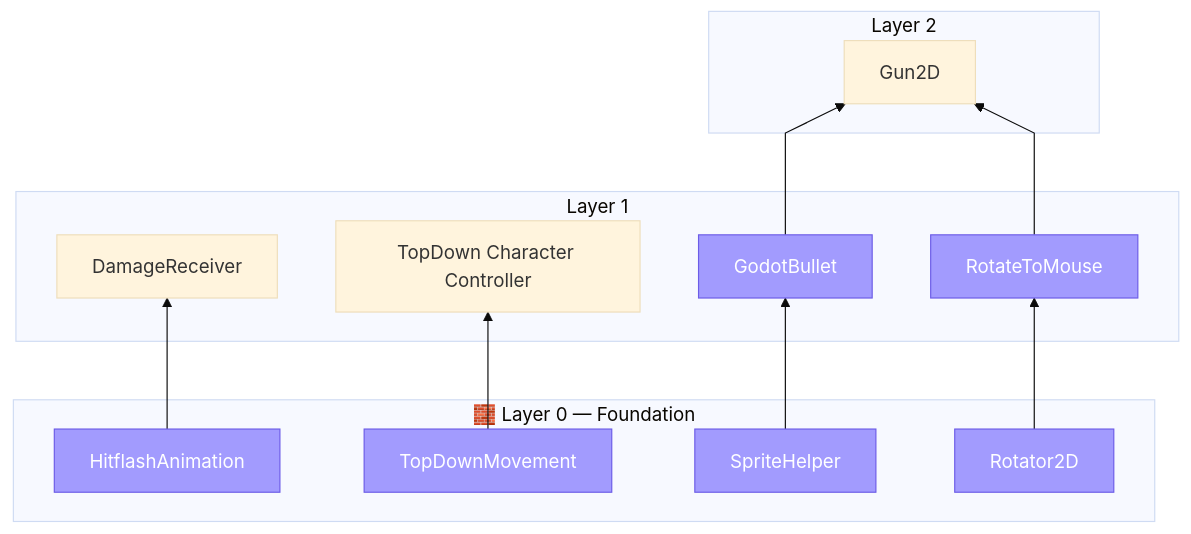
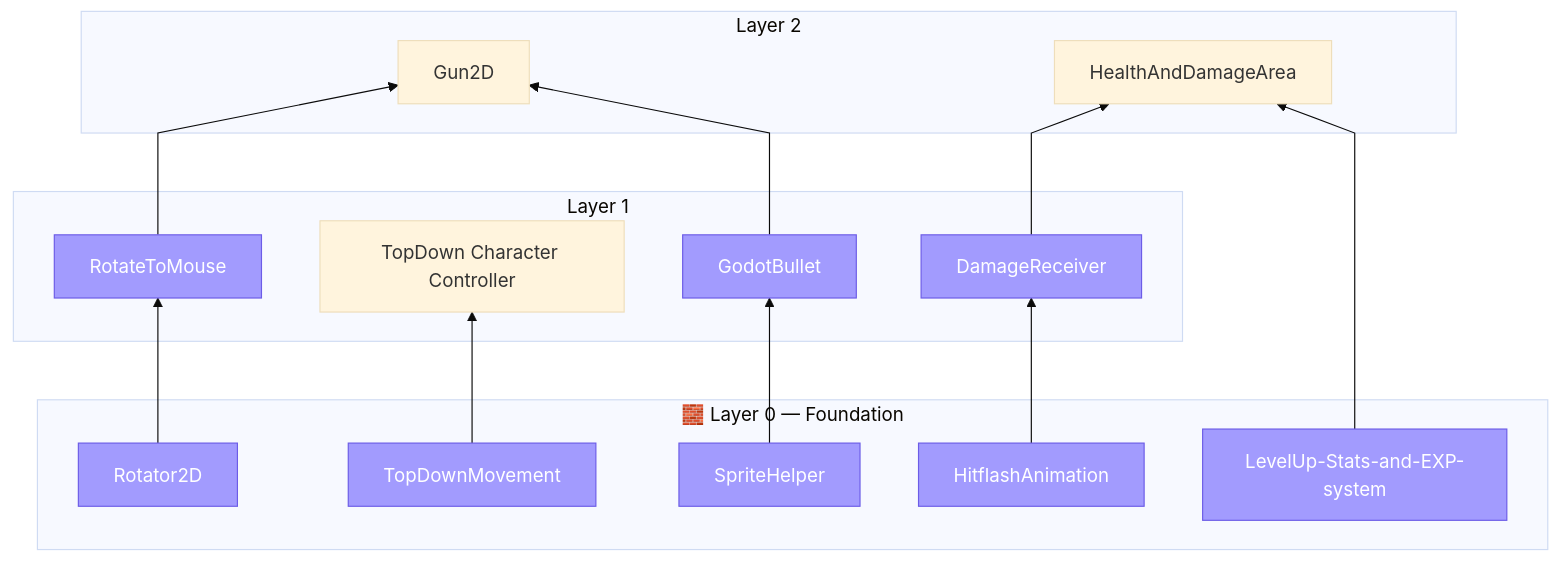
One commit to ChillCube/.github changed the diagram in ADDONS.md. Above: the diagram before and after it, drawn with Mermaid (base theme). The commit also changed other lines of this file, not shown here.

Commit message:
registry: update dependency tree

````diff
--- a/ADDONS.md
+++ b/ADDONS.md
@@ -182,47 +182,55 @@
 ```mermaid
 %%{init: {"flowchart": {"curve": "linear"}}}%%
 flowchart BT
     classDef core  fill:#4a9eff,stroke:#2471d4,color:#fff
     classDef shared fill:#a29bfe,stroke:#6c5ce7,color:#fff
     classDef external fill:#fd9644,stroke:#e67e22,color:#fff
 
     subgraph Layer_0["🧱 Layer 0 — Foundation"]
         godot_hitflashanimation["HitflashAnimation"]
+        godot_levelup_stats_and_exp_system["LevelUp-Stats-and-EXP-system"]
         rotator2d["Rotator2D"]
         spritehelper["SpriteHelper"]
         topdownmovement["TopDownMovement"]
     end
     subgraph Layer_1["Layer 1"]
         damagereceiver["DamageReceiver"]
         godot_topdown_character_controller["TopDown Character Controller"]
         godotbullet["GodotBullet"]
         rotatetomouse["RotateToMouse"]
     end
     subgraph Layer_2["Layer 2"]
         gun2d["Gun2D"]
+        healthanddamagearea["HealthAndDamageArea"]
     end
 
+    godot_levelup_stats_and_exp_system --> healthanddamagearea
+    damagereceiver --> healthanddamagearea
     godotbullet --> gun2d
     rotatetomouse --> gun2d
     godot_hitflashanimation --> damagereceiver
     rotator2d --> rotatetomouse
     topdownmovement --> godot_topdown_character_controller
     spritehelper --> godotbullet
 
+    class damagereceiver shared
     class godot_hitflashanimation shared
+    class godot_levelup_stats_and_exp_system shared
     class godotbullet shared
     class rotatetomouse shared
     class rotator2d shared
     class spritehelper shared
     class topdownmovement shared
 
     click damagereceiver href "https://github.com/ChillCube/DamageReceiver" _blank
     click godot_hitflashanimation href "https://github.com/ChillCube/Godot_HitflashAnimation" _blank
+    click godot_levelup_stats_and_exp_system href "https://github.com/ChillCube/Godot_LevelUp-Stats-and-EXP-system" _blank
     click godot_topdown_character_controller href "https://github.com/ChillCube/Godot_TopDown_Character_Controller" _blank
     click godotbullet href "https://github.com/ChillCube/GodotBullet" _blank
     click gun2d href "https://github.com/ChillCube/Gun2D" _blank
+    click healthanddamagearea href "https://github.com/ChillCube/HealthAndDamageArea" _blank
     click rotatetomouse href "https://github.com/ChillCube/RotateToMouse" _blank
     click rotator2d href "https://github.com/ChillCube/Rotator2D" _blank
     click spritehelper href "https://github.com/ChillCube/SpriteHelper" _blank
     click topdownmovement href "https://github.com/ChillCube/TopDownMovement" _blank
 ```
````
